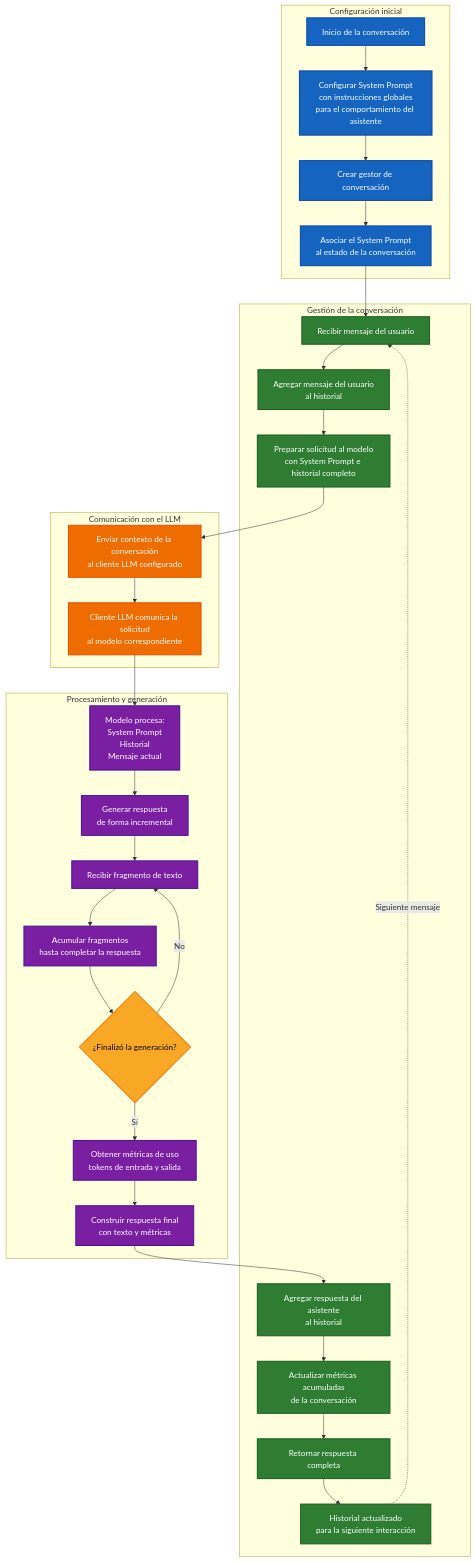
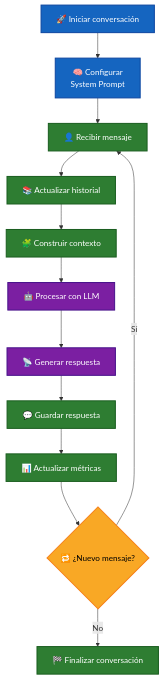
Before and after one commit to MLahuasi/ai-agent-labs: the third of 4 diagrams in info/fundamentos/chat.md, drawn with Mermaid. The commit also changed other lines of this file and 120 other files, not shown here.

````diff
--- a/info/fundamentos/chat.md
+++ b/info/fundamentos/chat.md
@@ -256,126 +352,48 @@
 ```mermaid
 flowchart TD
 
-    A["Inicio de la conversación"]
+    START["🚀 Iniciar conversación"]
 
-    B["Configurar System Prompt<br/>con instrucciones globales<br/>para el comportamiento del asistente"]
+    CONFIG["🧠 Configurar<br/>System Prompt"]
 
-    C["Crear gestor de conversación"]
+    MESSAGE["👤 Recibir mensaje"]
 
-    D["Asociar el System Prompt<br/>al estado de la conversación"]
+    HISTORY["📚 Actualizar historial"]
 
-    E["Recibir mensaje del usuario"]
+    CONTEXT["🧩 Construir contexto"]
 
-    F["Agregar mensaje del usuario<br/>al historial"]
+    LLM["🤖 Procesar con LLM"]
 
-    G["Preparar solicitud al modelo<br/>con System Prompt e historial completo"]
+    STREAM["📡 Generar respuesta"]
 
-    H["Enviar contexto de la conversación<br/>al cliente LLM configurado"]
+    RESPONSE["💬 Guardar respuesta"]
 
-    I["Cliente LLM comunica la solicitud<br/>al modelo correspondiente"]
+    METRICS["📊 Actualizar métricas"]
 
-    J["Modelo procesa:<br/>System Prompt<br/>Historial<br/>Mensaje actual"]
+    NEXT{"🔁 ¿Nuevo mensaje?"}
 
-    K["Generar respuesta<br/>de forma incremental"]
+    END["🏁 Finalizar conversación"]
 
-    L["Recibir fragmento de texto"]
+    START --> CONFIG
+    CONFIG --> MESSAGE
+    MESSAGE --> HISTORY
+    HISTORY --> CONTEXT
+    CONTEXT --> LLM
+    LLM --> STREAM
+    STREAM --> RESPONSE
+    RESPONSE --> METRICS
+    METRICS --> NEXT
 
-    M["Acumular fragmentos<br/>hasta completar la respuesta"]
-
-    N{"¿Finalizó la generación?"}
-
-    O["Obtener métricas de uso<br/>tokens de entrada y salida"]
-
-    P["Construir respuesta final<br/>con texto y métricas"]
-
-    Q["Agregar respuesta del asistente<br/>al historial"]
-
-    R["Actualizar métricas acumuladas<br/>de la conversación"]
-
-    S["Retornar respuesta completa"]
-
-    T["Historial actualizado<br/>para la siguiente interacción"]
-
-    A --> B
-    B --> C
-    C --> D
-    D --> E
-
-    E --> F
-    F --> G
-    G --> H
-    H --> I
-    I --> J
-
-    J --> K
-    K --> L
-    L --> M
-    M --> N
-
-    N -->|No| L
-    N -->|Sí| O
-
-    O --> P
-    P --> Q
-    Q --> R
-    R --> S
-    S --> T
-
-    T -.->|Siguiente mensaje| E
-
-    subgraph CONFIG["Configuración inicial"]
-
-        A
-        B
-        C
-        D
-
-    end
-
-    subgraph CONVERSATION["Gestión de la conversación"]
-
-        E
-        F
-        G
-        Q
-        R
-        S
-        T
-
-    end
-
-    subgraph CLIENT["Comunicación con el LLM"]
-
-        H
-        I
-
-    end
-
-    subgraph GENERATION["Procesamiento y generación"]
-
-        J
-        K
-        L
-        M
-        N
-        O
-        P
-
-    end
+    NEXT -->|"Sí"| MESSAGE
+    NEXT -->|"No"| END
 
     classDef config fill:#1565C0,color:#ffffff,stroke:#0D47A1,stroke-width:2px;
     classDef conversation fill:#2E7D32,color:#ffffff,stroke:#1B5E20,stroke-width:2px;
-    classDef client fill:#EF6C00,color:#ffffff,stroke:#E65100,stroke-width:2px;
-    classDef generation fill:#7B1FA2,color:#ffffff,stroke:#4A148C,stroke-width:2px;
+    classDef model fill:#7B1FA2,color:#ffffff,stroke:#4A148C,stroke-width:2px;
     classDef decision fill:#F9A825,color:#000000,stroke:#F57F17,stroke-width:2px;
 
-    class A,B,C,D config;
-
-    class E,F,G,Q,R,S,T conversation;
-
-    class H,I client;
-
-    class J,K,L,M,O,P generation;
-
-    class N decision;
+    class START,CONFIG config;
+    class MESSAGE,HISTORY,CONTEXT,RESPONSE,METRICS,END conversation;
+    class LLM,STREAM model;
+    class NEXT decision;
 ```
````
